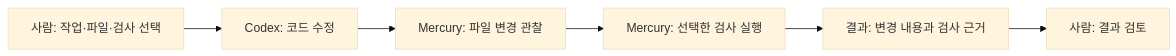
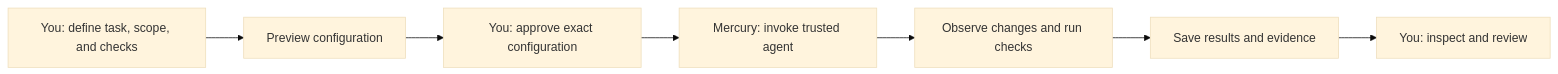
Before and after one commit to kssk3/Mercury: the diagram in README.md, drawn with Mermaid (base theme). The commit also changed other lines of this file and 2 other files, not shown here.

````diff
--- a/README.md
+++ b/README.md
@@ -64,8 +193,9 @@
 ```mermaid
 flowchart LR
-    A["사람: 작업·파일·검사 선택"] --> B["Codex: 코드 수정"]
-    B --> C["Mercury: 파일 변경 관찰"]
-    C --> D["Mercury: 선택한 검사 실행"]
-    D --> E["결과: 변경 내용과 검사 근거"]
-    E --> F["사람: 결과 검토"]
+    A["You: define task, scope, and checks"] --> B["Preview configuration"]
+    B --> C["You: approve exact configuration"]
+    C --> D["Mercury: invoke trusted agent"]
+    D --> E["Observe changes and run checks"]
+    E --> F["Save results and evidence"]
+    F --> G["You: inspect and review"]
 ```
````
